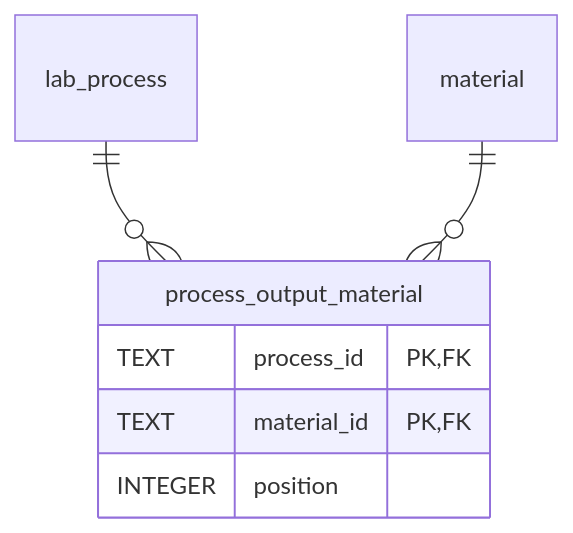
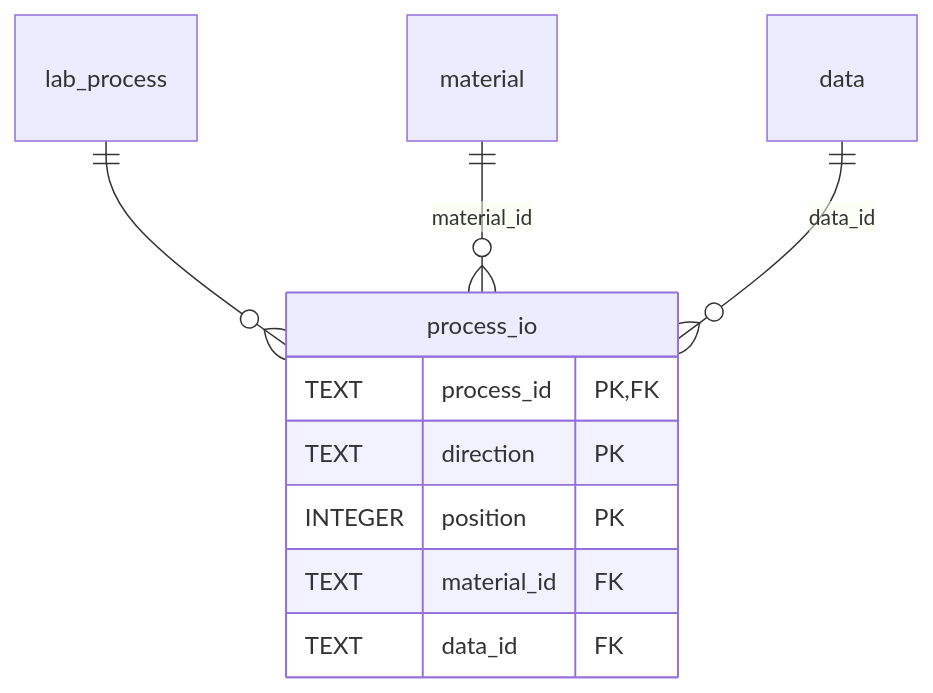
Before and after one commit to HLWeil/ProcessCore: diagram 14 of 18 in schemas/sql/design.md, drawn with Mermaid. The commit also changed other lines of this file, not shown here.

Commit message:
docs: improve SQL schema design plan

````diff
--- a/schemas/sql/design.md
+++ b/schemas/sql/design.md
@@ -371,10 +412,13 @@
 ```mermaid
 erDiagram
-    process_output_material {
+    process_io {
         TEXT process_id PK,FK
-        TEXT material_id PK,FK
-        INTEGER position
+        TEXT direction PK
+        INTEGER position PK
+        TEXT material_id FK
+        TEXT data_id FK
     }
-    lab_process ||--o{ process_output_material : ""
-    material ||--o{ process_output_material : ""
+    lab_process ||--o{ process_io : ""
+    material ||--o{ process_io : "material_id"
+    data ||--o{ process_io : "data_id"
 ```
````
